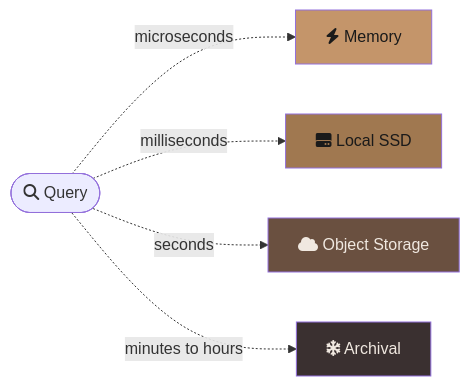
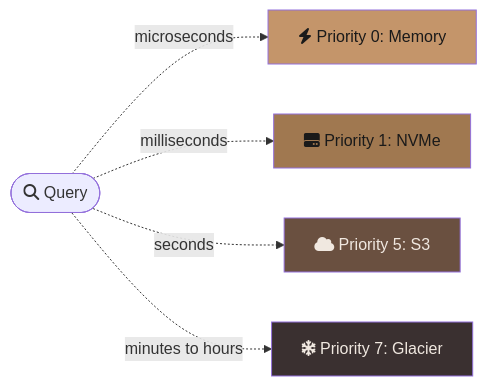
The fourth of 5 diagrams in docs/vision.md (kluzzebass/gastrolog), drawn with Mermaid before and after one commit. The commit also changed other lines of this file, not shown here.

First line of the commit message:
docs: align vision with storage priority model

````diff
--- a/docs/vision.md
+++ b/docs/vision.md
@@ -249,12 +264,12 @@
 ```mermaid
 flowchart LR
-    Q([fa:fa-search Query]) -.->|microseconds| M[fa:fa-bolt Memory]
-    Q -.->|milliseconds| F[fa:fa-hard-drive Local SSD]
-    Q -.->|seconds| S3[fa:fa-cloud Object Storage]
-    Q -.->|minutes to hours| ARC[fa:fa-snowflake Archival]
+    Q([fa:fa-search Query]) -.->|microseconds| P0[fa:fa-bolt Priority 0: Memory]
+    Q -.->|milliseconds| P1[fa:fa-hard-drive Priority 1: NVMe]
+    Q -.->|seconds| P5[fa:fa-cloud Priority 5: S3]
+    Q -.->|minutes to hours| P7[fa:fa-snowflake Priority 7: Glacier]
 
-    style M fill:#c4956a,color:#1a1a1a
-    style F fill:#a07850,color:#1a1a1a
-    style S3 fill:#6a5040,color:#f0e8e0
-    style ARC fill:#3a3030,color:#f0e8e0
+    style P0 fill:#c4956a,color:#1a1a1a
+    style P1 fill:#a07850,color:#1a1a1a
+    style P5 fill:#6a5040,color:#f0e8e0
+    style P7 fill:#3a3030,color:#f0e8e0
 ```
````
